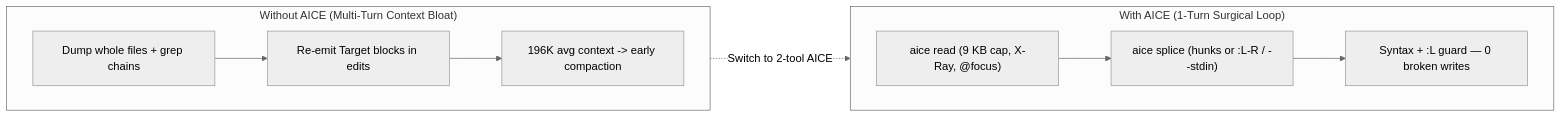
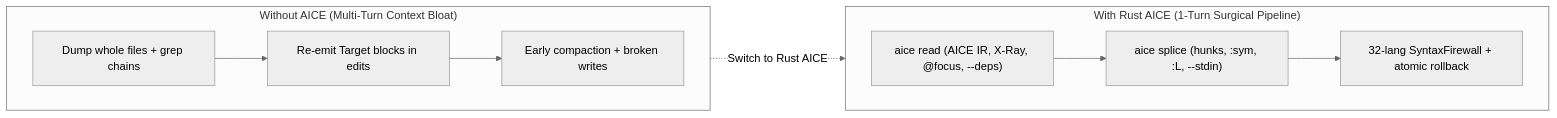
One commit to forart82/aice changed the diagram in README.md. Above: the diagram before and after it, drawn with Mermaid (neutral theme). The commit also changed other lines of this file and 1042 other files, not shown here.

First line of the commit message:
feat!: complete 100% Rust rewrite of AICE (v0.9.53)

````diff
--- a/README.md
+++ b/README.md
@@ -29,14 +27,14 @@
 ```mermaid
 flowchart LR
     subgraph NoAICE["Without AICE (Multi-Turn Context Bloat)"]
         direction LR
         N1["Dump whole files + grep chains"] --> N2["Re-emit Target blocks in edits"]
-        N2 --> N3["196K avg context -> early compaction"]
+        N2 --> N3["Early compaction + broken writes"]
     end
-    subgraph WithAICE["With AICE (1-Turn Surgical Loop)"]
+    subgraph WithAICE["With Rust AICE (1-Turn Surgical Pipeline)"]
         direction LR
-        A1["aice read (9 KB cap, X-Ray, @focus)"] --> A2["aice splice (hunks or :L-R / --stdin)"]
-        A2 --> A3["Syntax + :L guard — 0 broken writes"]
+        A1["aice read (AICE IR, X-Ray, @focus, --deps)"] --> A2["aice splice (hunks, :sym, :L, --stdin)"]
+        A2 --> A3["32-lang SyntaxFirewall + atomic rollback"]
     end
-    NoAICE -. "Switch to 2-tool AICE" .-> WithAICE
+    NoAICE -. "Switch to Rust AICE" .-> WithAICE
 ```
````
